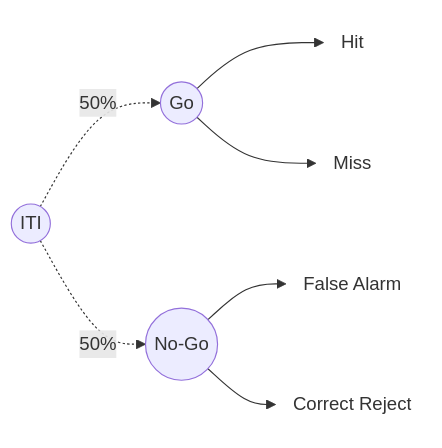
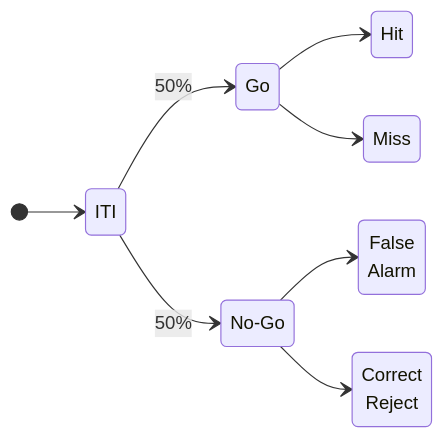
One commit to bonsai-rx/docs changed the second of 3 diagrams in tutorials/state-machines.md. Above: the diagram before and after it, drawn with Mermaid. The commit also changed other lines of this file and 3 other files, not shown here.

Commit message:
Minor SVG and mermaid diagram fixes

````diff
--- a/tutorials/state-machines.md
+++ b/tutorials/state-machines.md
@@ -159,18 +156,14 @@
 ```mermaid
-flowchart LR
-    id1((ITI))
-    id2((Go))
-    id3((No-Go))
-    id4(Hit)
-    id5(Miss)
-    id6(False Alarm)
-    id7(Correct Reject)
-    id1-. 50% .-> id2  
-    id1-. 50% .-> id3 
-    id2 --> id4
-    id2 --> id5
-    id3 --> id6
-    id3 --> id7
-    classDef noFillStyle fill:transparent, stroke-width:0px
-    class id4,id5,id6,id7 noFillStyle
+stateDiagram-v2
+    direction LR
+    NoGo: No-Go
+    FalseAlarm: False<br>Alarm
+    CorrectReject: Correct<br>Reject
+    [*] --> ITI
+    ITI --> Go: 50%
+    ITI --> NoGo: 50%
+    Go --> Hit
+    Go --> Miss
+    NoGo --> FalseAlarm
+    NoGo --> CorrectReject
 ```
````
